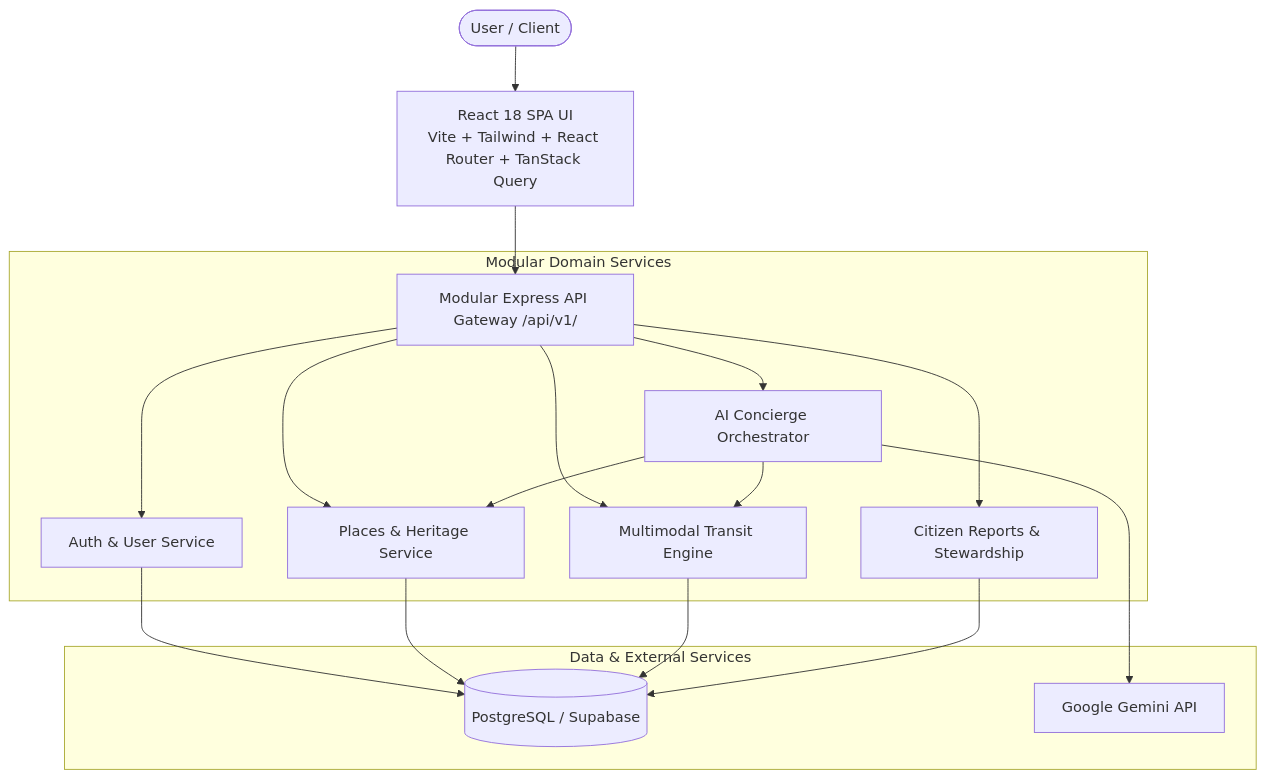
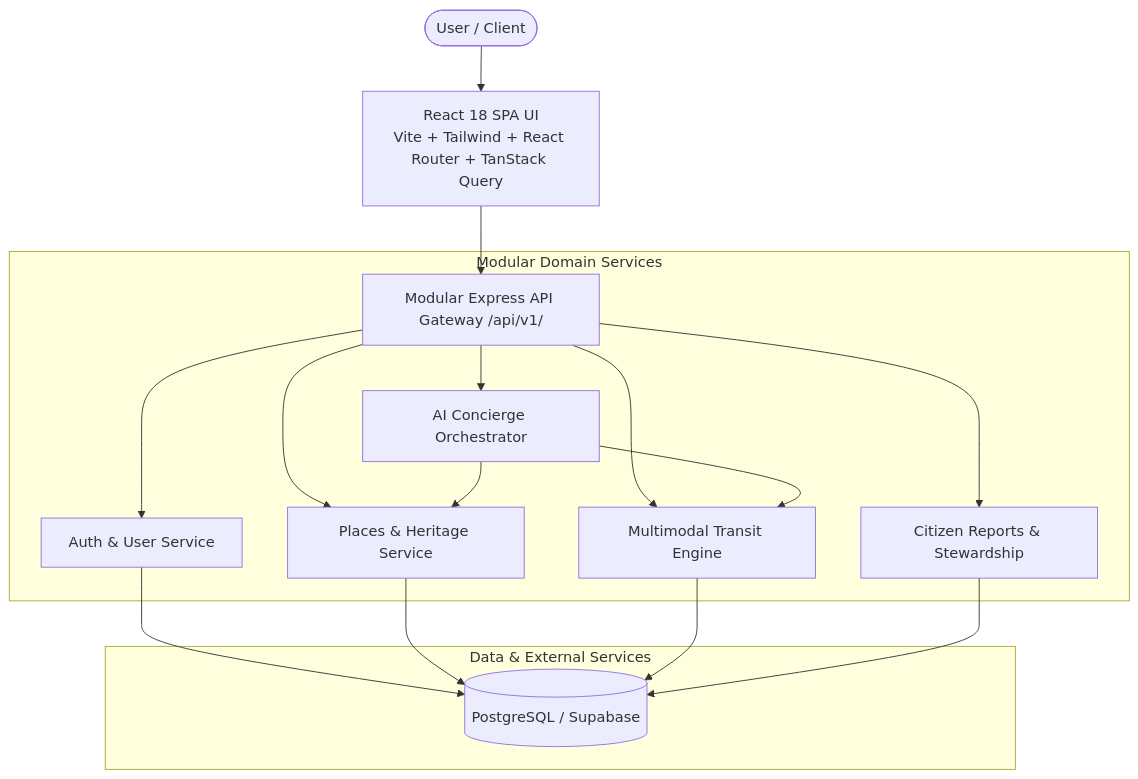
Before and after one commit to AbhibhavTech/Virasat-SIH-2026: the diagram in docs/architecture.md, drawn with Mermaid. The commit also changed other lines of this file and 104 other files, not shown here.

````diff
--- a/docs/architecture.md
+++ b/docs/architecture.md
@@ -13,23 +13,22 @@
 ```mermaid
 flowchart TD
     User([User / Client]) --> Frontend[React 18 SPA UI\nVite + Tailwind + React Router + TanStack Query]
     Frontend --> Backend[Modular Express API Gateway /api/v1/]
     
     subgraph Modular Domain Services
         Backend --> AuthMod[Auth & User Service]
         Backend --> PlacesMod[Places & Heritage Service]
         Backend --> RoutingMod[Multimodal Transit Engine]
         Backend --> AIMod[AI Concierge Orchestrator]
         Backend --> ReportsMod[Citizen Reports & Stewardship]
     end
 
     subgraph Data & External Services
         AuthMod --> DB[(PostgreSQL / Supabase)]
         PlacesMod --> DB
         RoutingMod --> DB
         ReportsMod --> DB
-        AIMod --> Gemini[Google Gemini API]
         AIMod --> PlacesMod
         AIMod --> RoutingMod
     end
 ```
````
